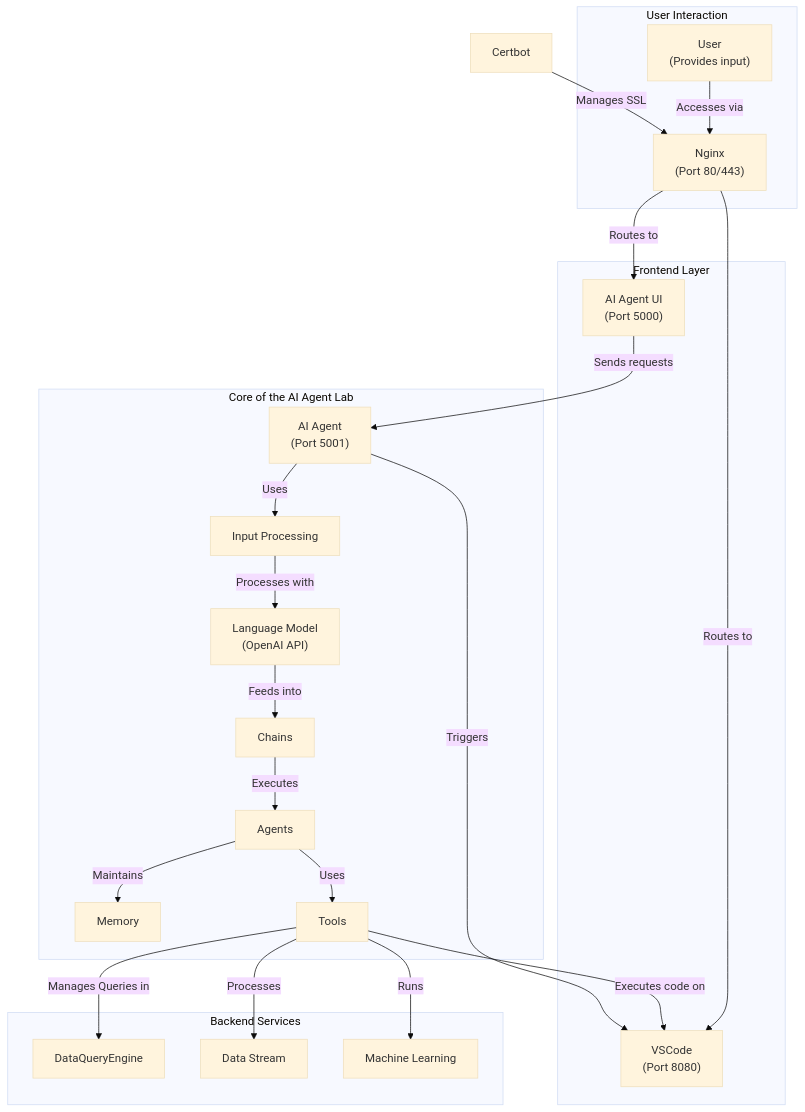
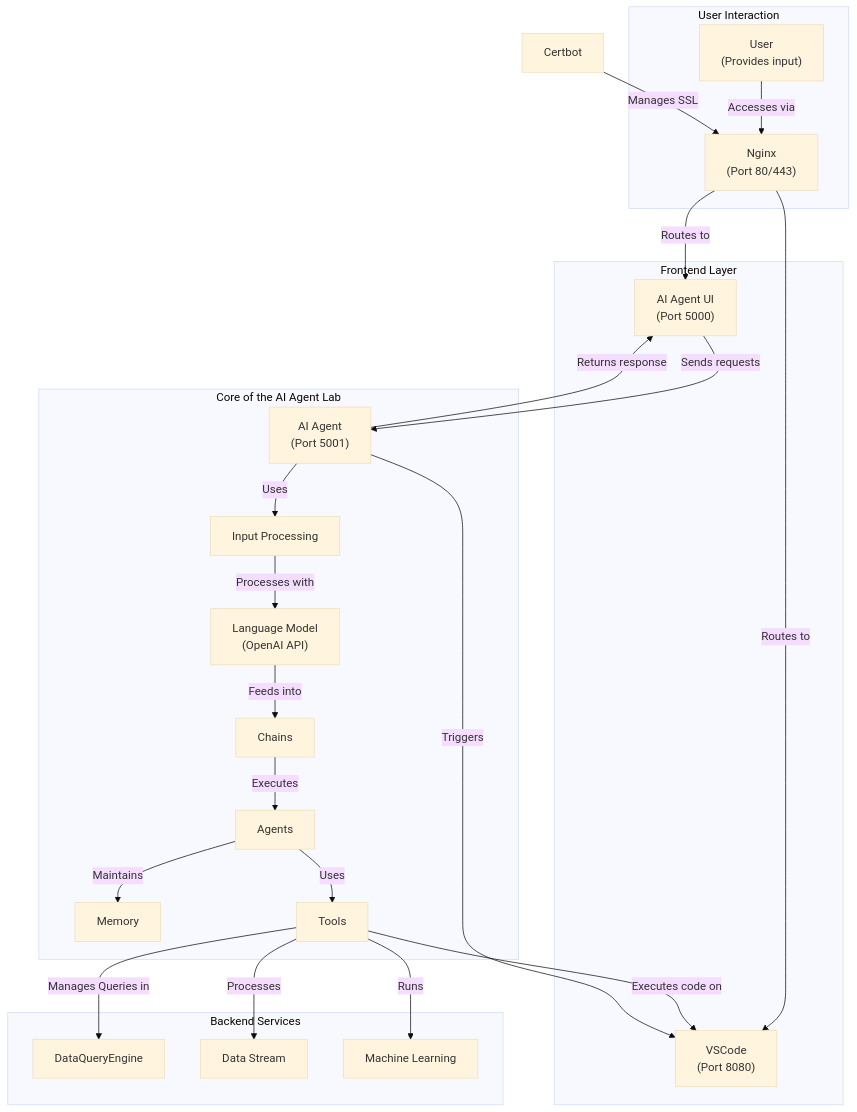
The fifth of 6 diagrams in docs/architecture/langchain-diagram.md (quantiota/AI-Agent-Lab), drawn with Mermaid before and after one commit. The commit also changed other lines of this file, not shown here.

````diff
--- a/docs/architecture/langchain-diagram.md
+++ b/docs/architecture/langchain-diagram.md
@@ -219,45 +221,46 @@
 ```mermaid
 ---
 config:
   look: classic
   theme: base
   layout: dagre
 ---
 
 graph TD
   %% User and Frontend Layer
   subgraph User_Interaction["User Interaction"]
     User["User<br>(Provides input)"] -->|Accesses via| Nginx["Nginx<br>(Port 80/443)"]
   end
 
   subgraph Frontend["Frontend Layer"]
     Nginx -->|Routes to| AgentUI["AI Agent UI<br>(Port 5000)"]
     Nginx -->|Routes to| VSCode["VSCode<br>(Port 8080)"]
   end
 
   %% AI & LangChain Workflow
   subgraph AI_Workflow["Core of the AI Agent Lab"]
     AgentUI -->|Sends requests| AIAgent["AI Agent<br>(Port 5001)"]
+    AIAgent -->|Returns response| AgentUI
     AIAgent -->|Uses| InputProcessing["Input Processing"]
     InputProcessing -->|Processes with| LLM["Language Model<br>(OpenAI API)"]
     LLM -->|Feeds into| Chains["Chains"]
     Chains -->|Executes| Agents["Agents"]
     Agents -->|Maintains| Memory["Memory"]
     Agents -->|Uses| Tools["Tools"]
   end
 
   %% Backend Services
   subgraph Backend["Backend Services"]
     Tools -->|Manages Queries in| DataQueryEngine["DataQueryEngine"]
     Tools -->|Executes code on| VSCode
     Tools -->|Processes| DataStream["Data Stream"]
     Tools -->|Runs| ML["Machine Learning"]
   end
 
   %% Additional Interactions and Security
   AIAgent -->|Triggers| VSCode
 
   Certbot["Certbot"] -->|Manages SSL| Nginx
 
 
 ```
````
